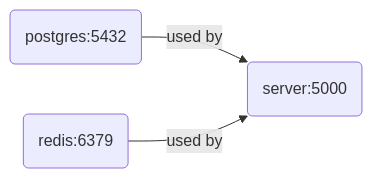
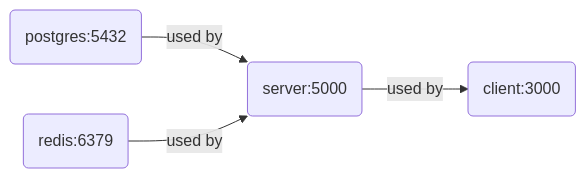
One commit to BrockMarekins/multi-k8s changed the fifth of 5 diagrams in README.md. Above: the diagram before and after it, drawn with Mermaid. The commit also changed other lines of this file and 2 other files, not shown here.

Commit message:
Add client service (#8)

````diff
--- a/README.md
+++ b/README.md
@@ -47,9 +58,11 @@
 ```mermaid
 graph LR
 A(postgres:5432) 
 B(redis:6379)
 C(server:5000)
+D(client:3000)
 
 A -- used by --> C
 B -- used by --> C
+C -- used by --> D
 ```
````
